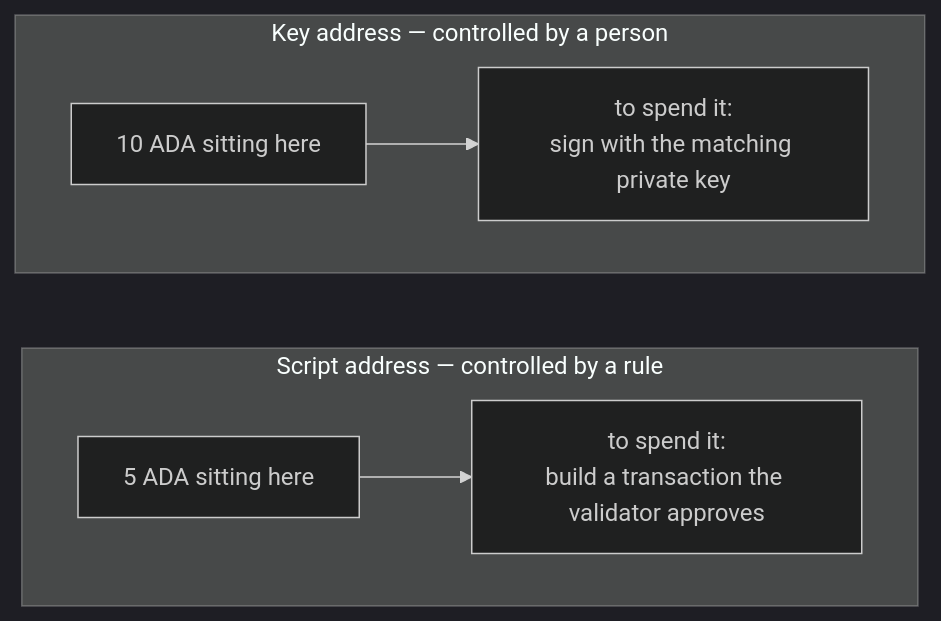
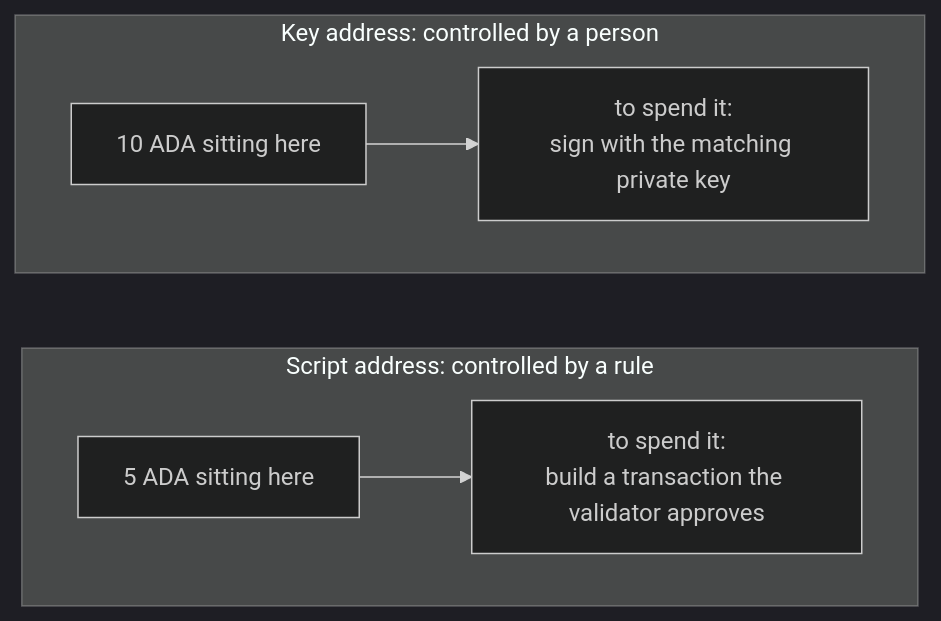
Before and after one commit to cardano-foundation/developer-portal: the first of 2 diagrams in docs/developers/onboarding/lectures/intermediate/3-what-is-a-validator.md, drawn with Mermaid (dark theme). The commit also changed other lines of this file and 9 other files, not shown here.

````diff
--- a/docs/developers/onboarding/lectures/intermediate/3-what-is-a-validator.md
+++ b/docs/developers/onboarding/lectures/intermediate/3-what-is-a-validator.md
@@ -26,12 +32,12 @@
 ```mermaid
 flowchart TB
-    subgraph K["Key address — controlled by a person"]
+    subgraph K["Key address: controlled by a person"]
         KA["10 ADA sitting here"] --> KR["to spend it:<br/>sign with the matching private key"]
     end
 
-    subgraph S["Script address — controlled by a rule"]
+    subgraph S["Script address: controlled by a rule"]
         SA["5 ADA sitting here"] --> SR["to spend it:<br/>build a transaction the validator approves"]
     end
 
     K ~~~ S
 ```
````
